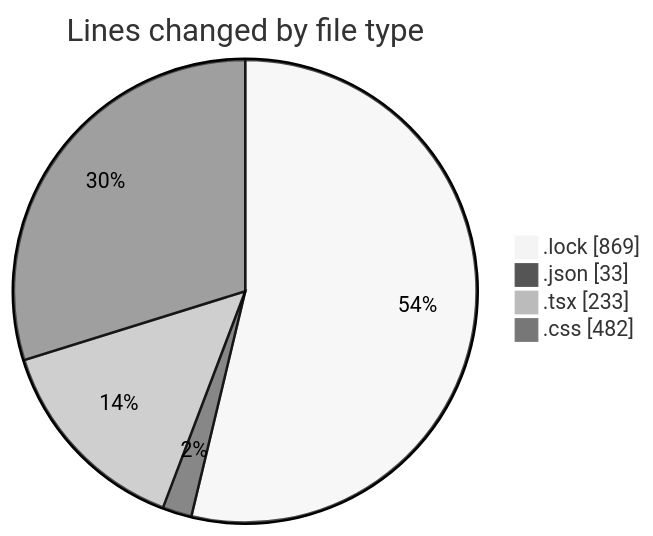
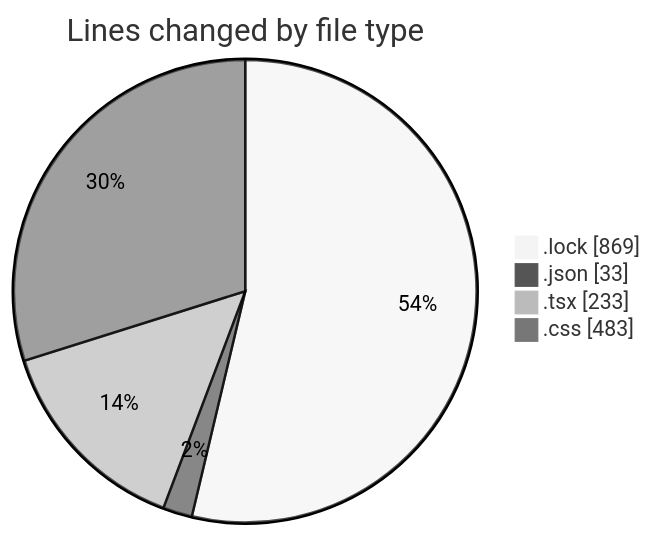
The first of 2 diagrams in 2025-07-27/vtuber/README.md (EIIisD/code-tracking), drawn with Mermaid (neutral theme) before and after one commit. The commit also changed other lines of this file and 1 other file, not shown here.

````diff
--- a/2025-07-27/vtuber/README.md
+++ b/2025-07-27/vtuber/README.md
@@ -25,8 +25,8 @@
 ```mermaid
 pie showData
 title Lines changed by file type
 ".lock" : 869
 ".json" : 33
 ".tsx" : 233
-".css" : 482
+".css" : 483
 ```
````
